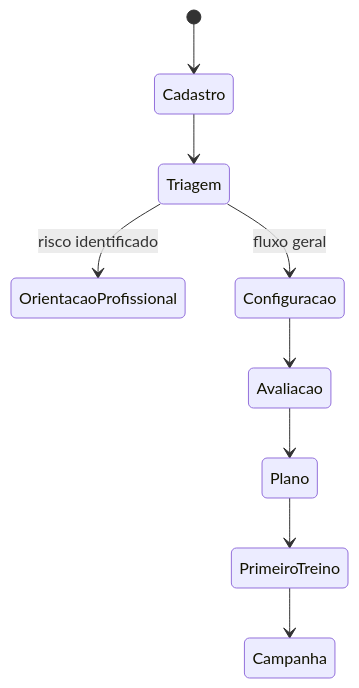
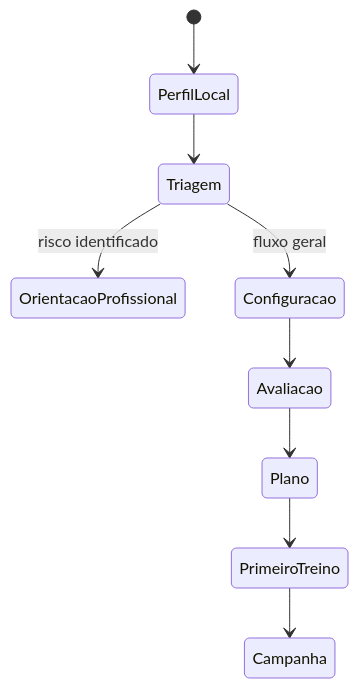
One commit to Cleuvin-dev/calisthenics-rpg changed the diagram in App_RPG_Calistenia_Documentacao/02_PRODUCT/USER_JOURNEYS.md. Above: the diagram before and after it, drawn with Mermaid. The commit also changed other lines of this file and 70 other files, not shown here.

````diff
--- a/App_RPG_Calistenia_Documentacao/02_PRODUCT/USER_JOURNEYS.md
+++ b/App_RPG_Calistenia_Documentacao/02_PRODUCT/USER_JOURNEYS.md
@@ -5,11 +5,11 @@
 ```mermaid
 stateDiagram-v2
-    [*] --> Cadastro
-    Cadastro --> Triagem
+    [*] --> PerfilLocal
+    PerfilLocal --> Triagem
     Triagem --> OrientacaoProfissional: risco identificado
     Triagem --> Configuracao: fluxo geral
     Configuracao --> Avaliacao
     Avaliacao --> Plano
     Plano --> PrimeiroTreino
     PrimeiroTreino --> Campanha
 ```
````
